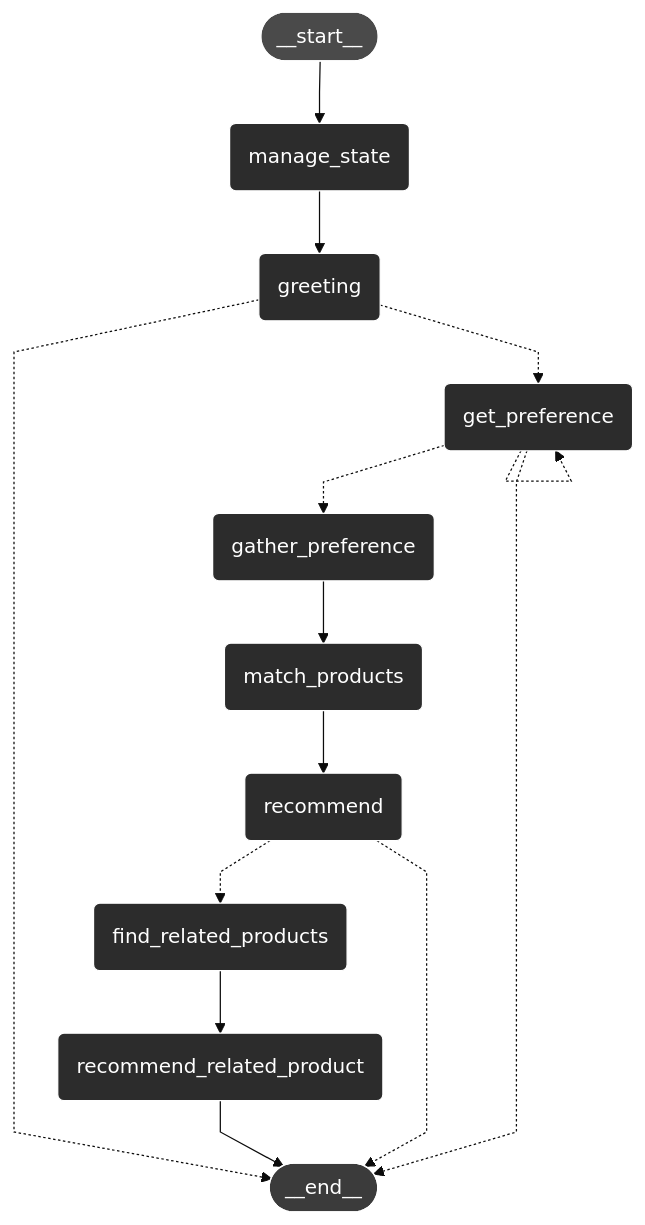
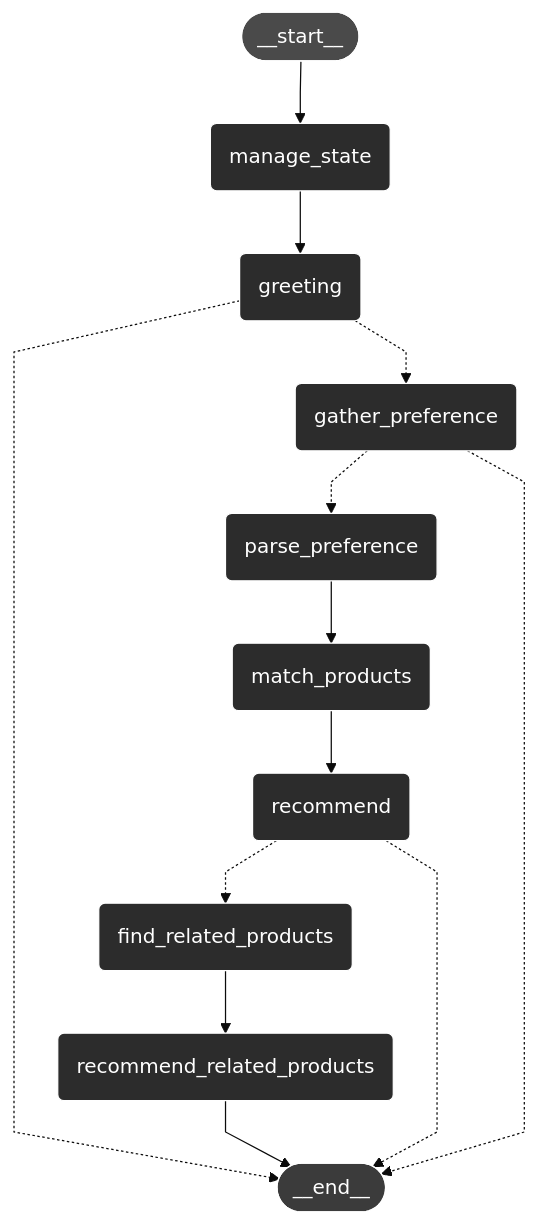
The diagram in chatbots/README.md (cintiaching/ai-shopping-buddy), drawn with Mermaid (base theme) before and after one commit.

Commit message:
update graph

````diff
--- a/chatbots/README.md
+++ b/chatbots/README.md
@@ -6,31 +6,30 @@
 ```mermaid
 %%{init: {'flowchart': {'curve': 'linear'}}}%%
 graph TD;
 	__start__([<p>__start__</p>]):::first
-	get_preference(get_preference)
+	gather_preference(gather_preference)
 	manage_state(manage_state)
 	greeting(greeting)
-	gather_preference(gather_preference)
+	parse_preference(parse_preference)
 	match_products(match_products)
 	recommend(recommend)
 	find_related_products(find_related_products)
-	recommend_related_product(recommend_related_product)
+	recommend_related_products(recommend_related_products)
 	__end__([<p>__end__</p>]):::last
 	__start__ --> manage_state;
-	find_related_products --> recommend_related_product;
-	gather_preference --> match_products;
+	find_related_products --> recommend_related_products;
 	manage_state --> greeting;
 	match_products --> recommend;
-	recommend_related_product --> __end__;
+	parse_preference --> match_products;
+	recommend_related_products --> __end__;
 	greeting -.-> __end__;
-	greeting -.-> get_preference;
-	get_preference -.-> gather_preference;
-	get_preference -.-> __end__;
+	greeting -.-> gather_preference;
+	gather_preference -.-> parse_preference;
+	gather_preference -.-> __end__;
 	recommend -.-> find_related_products;
 	recommend -.-> __end__;
-	get_preference -.-> get_preference;
 	classDef default fill:#1e1e1e, stroke:#ffffff, color:#ffffff;
     classDef first fill:#4a4a4a, color:#ffffff;
     classDef last fill:#3b3b3b, color:#ffffff;
     classDef node fill:#2c2c2c, stroke:#ffffff, color:#ffffff;
 ```
````
